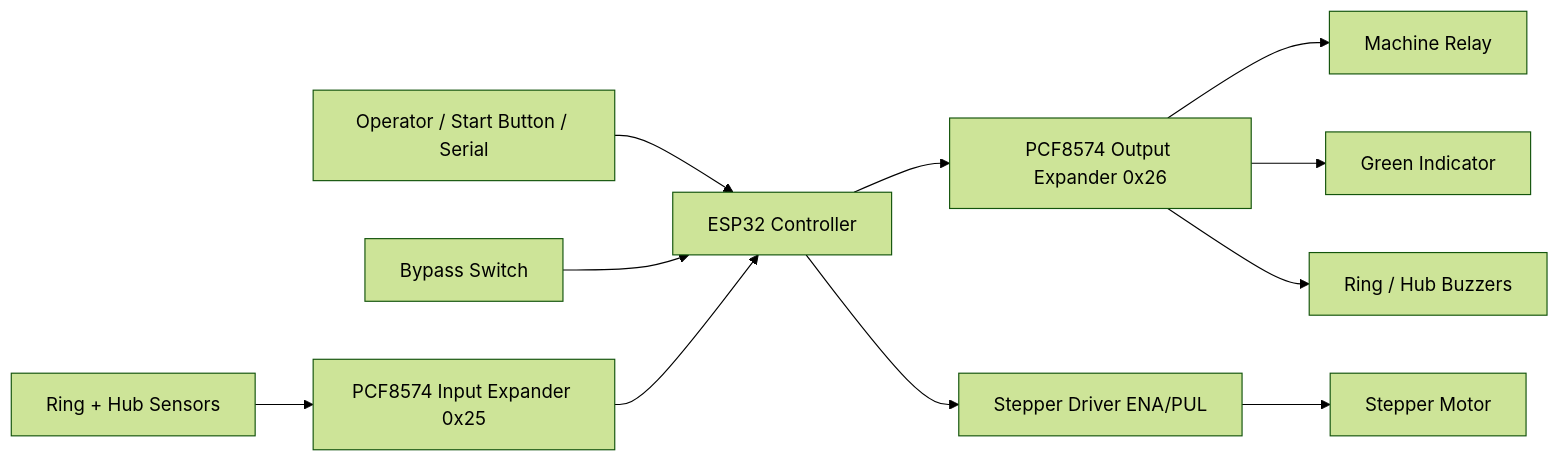
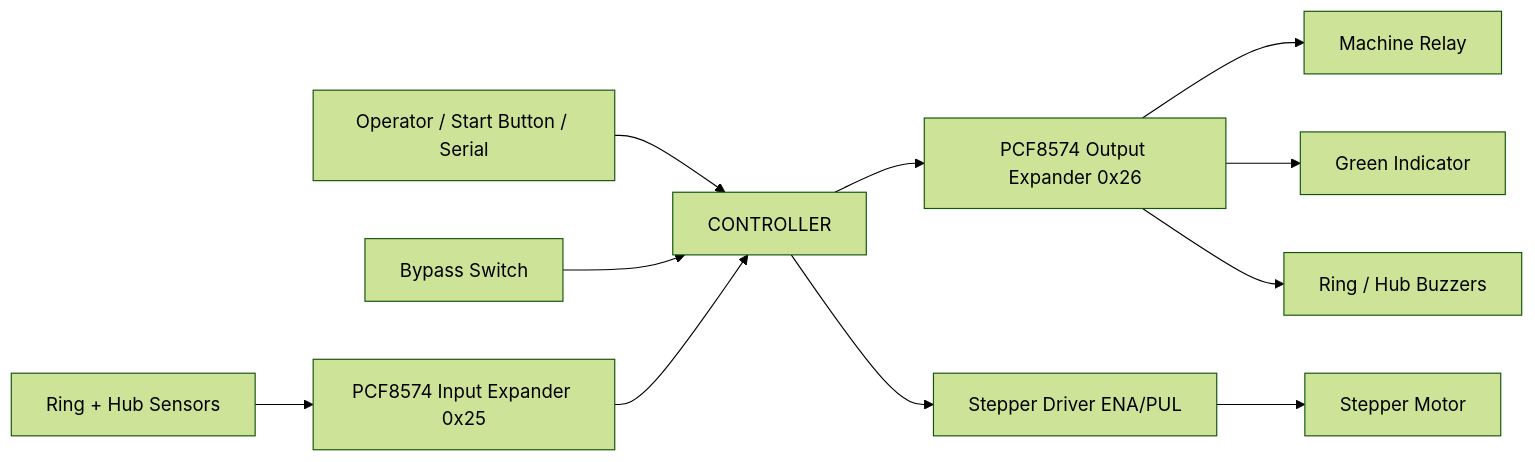
One commit to vijay1923/adhesive-inspection-system changed the first of 2 diagrams in readme.md. Above: the diagram before and after it, drawn with Mermaid (forest theme). The commit also changed other lines of this file, not shown here.

````diff
--- a/readme.md
+++ b/readme.md
@@ -21,13 +17,13 @@
 ```mermaid
 flowchart LR
-    OP[Operator / Start Button / Serial] --> ESP32[ESP32 Controller]
-    BYP[Bypass Switch] --> ESP32
+    OP[Operator / Start Button / Serial] --> CONTROLLER
+    BYP[Bypass Switch] --> CONTROLLER
     SENS[Ring + Hub Sensors] --> IN[PCF8574 Input Expander 0x25]
-    IN --> ESP32
-    ESP32 --> OUT[PCF8574 Output Expander 0x26]
+    IN --> CONTROLLER
+    CONTROLLER --> OUT[PCF8574 Output Expander 0x26]
     OUT --> RELAY[Machine Relay]
     OUT --> LED[Green Indicator]
     OUT --> BUZ[Ring / Hub Buzzers]
-    ESP32 --> STEP[Stepper Driver ENA/PUL]
+    CONTROLLER --> STEP[Stepper Driver ENA/PUL]
     STEP --> MOTOR[Stepper Motor]
 ```
````
